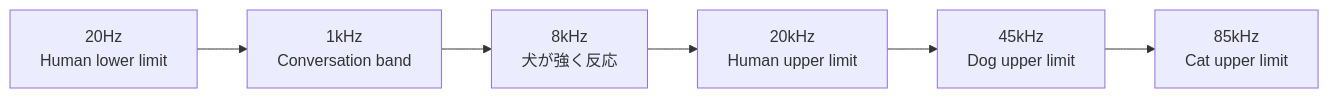
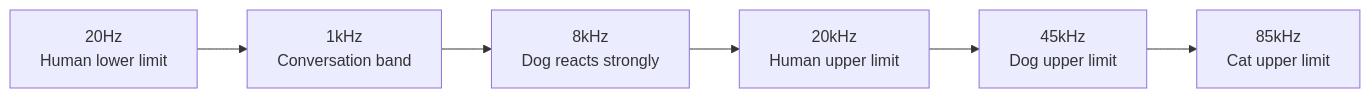
Before and after one commit to monumental-movement/monumental-movement.github.io: the fourth of 5 diagrams in en/_posts/2026-04-11-column-dog-cat-music.md, drawn with Mermaid. The commit also changed other lines of this file and 851 other files, not shown here.

```diff
--- a/en/_posts/2026-04-11-column-dog-cat-music.md
+++ b/en/_posts/2026-04-11-column-dog-cat-music.md
@@ -215,8 +215,8 @@
 <div class="mermaid">
 graph LR
 A[20Hz<br>Human lower limit] --> B[1kHz<br>Conversation band]
-B --> C[8kHz<br>犬が強く反応]
+B --> C[8kHz<br>Dog reacts strongly]
 C --> D[20kHz<br>Human upper limit]
 D --> E[45kHz<br>Dog upper limit]
 E --> F[85kHz<br>Cat upper limit]
 </div>
```
